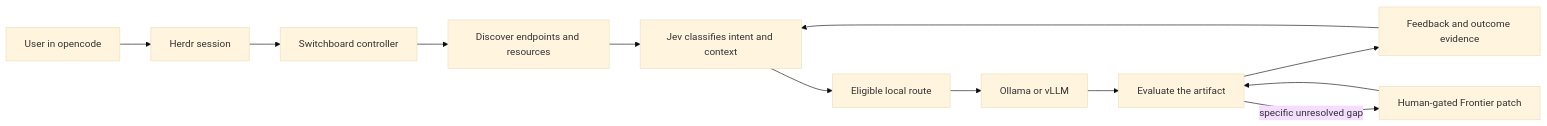
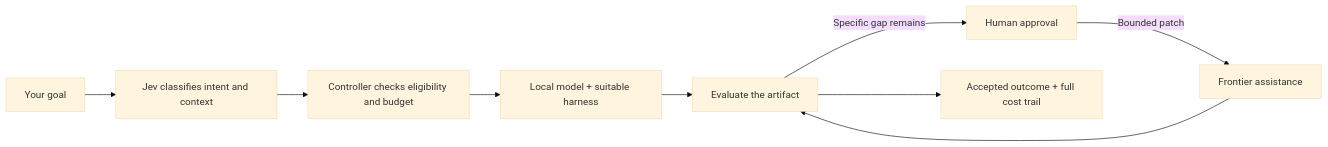
Before and after one commit to CG-8663/switchboard: the diagram in README.md, drawn with Mermaid (base theme). The commit also changed other lines of this file and 10 other files, not shown here.

Commit message:
docs: publish roadmap and synthetic concept preview

````diff
--- a/README.md
+++ b/README.md
@@ -36,14 +21,11 @@
 ```mermaid
 flowchart LR
-    U[User in opencode] --> H[Herdr session]
-    H --> C[Switchboard controller]
-    C --> D[Discover endpoints and resources]
-    D --> J[Jev classifies intent and context]
-    J --> R[Eligible local route]
-    R --> L[Ollama or vLLM]
+    G[Your goal] --> J[Jev classifies intent and context]
+    J --> C[Controller checks eligibility and budget]
+    C --> L[Local model + suitable harness]
     L --> E[Evaluate the artifact]
-    E --> F[Feedback and outcome evidence]
-    F --> J
-    E -->|specific unresolved gap| G[Human-gated Frontier patch]
-    G --> E
+    E -->|Specific gap remains| H[Human approval]
+    H -->|Bounded patch| F[Frontier assistance]
+    F --> E
+    E --> O[Accepted outcome + full cost trail]
 ```
````
